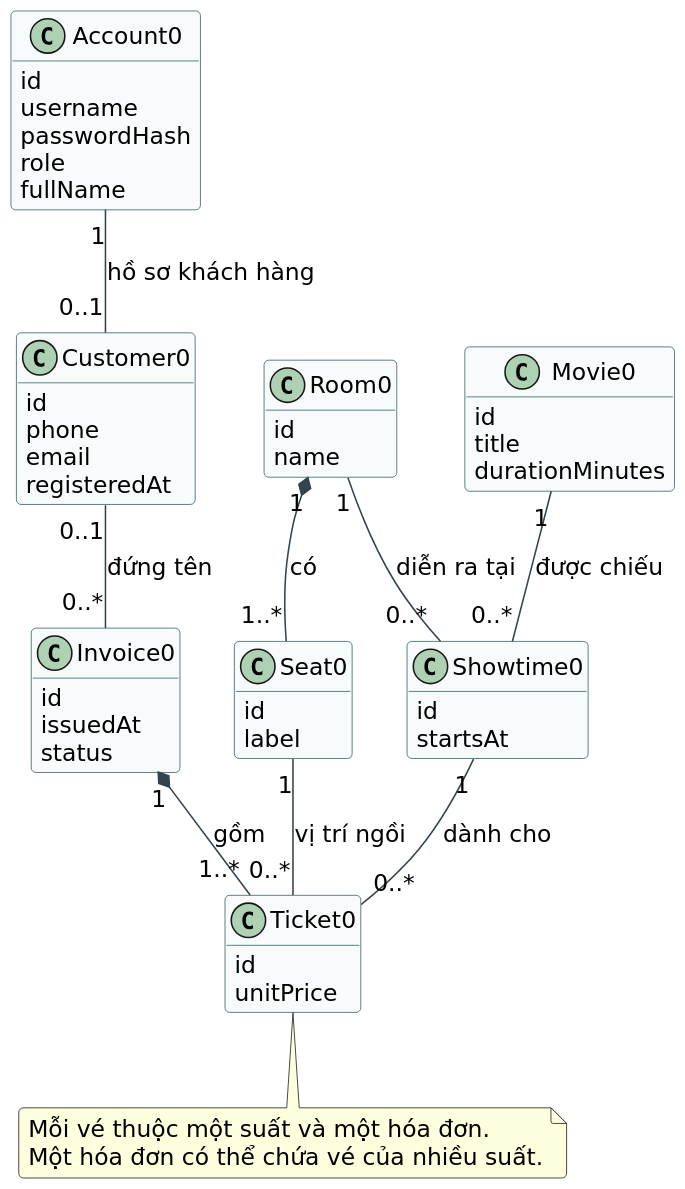
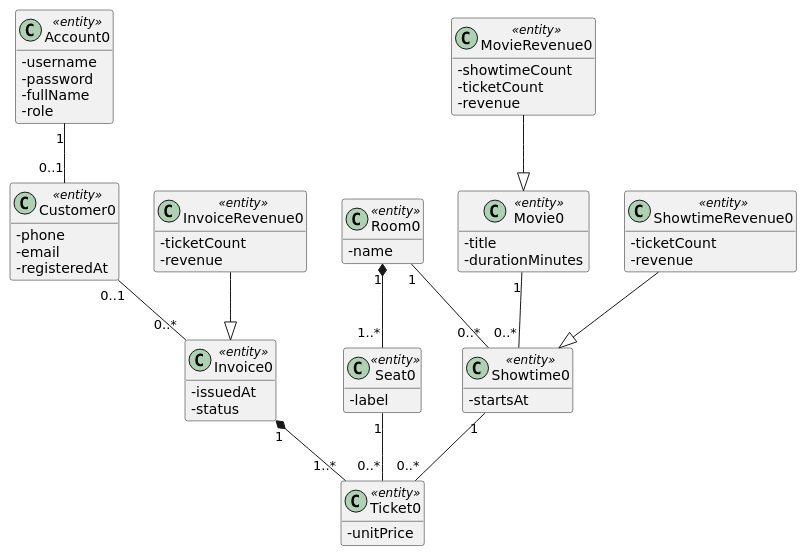
Before and after one commit to tinhatinh/PTTK: the diagram in uml/phan-tich/02-domain.puml, drawn with PlantUML. The commit also changed 66 other files, not shown here.

Commit message:
Align final report with LibMan phases and rebuild analysis UML

```diff
--- a/uml/phan-tich/02-domain.puml
+++ b/uml/phan-tich/02-domain.puml
@@ -1,66 +1,61 @@
 @startuml 02-domain
 skinparam defaultFontName DejaVu Sans
-skinparam defaultFontSize 15
 skinparam shadowing false
-skinparam backgroundColor white
-skinparam ArrowColor #33444C
-skinparam classBackgroundColor #F8FBFB
-skinparam classBorderColor #335D64
-skinparam packageBorderColor #60757D
-skinparam roundcorner 6
-skinparam dpi 150
-skinparam maxMessageSize 180
+skinparam classAttributeIconSize 0
 hide empty members
-top to bottom direction
-class Account0 {
- id
-username
-passwordHash
-role
-fullName
+class Account0 <<entity>> {
+ -username
+ -password
+ -fullName
+ -role
 }
-class Customer0 {
- id
-phone
-email
-registeredAt
+class Customer0 <<entity>> {
+ -phone
+ -email
+ -registeredAt
 }
-class Movie0 {
- id
-title
-durationMinutes
+class Movie0 <<entity>> {
+ -title
+ -durationMinutes
 }
-class Room0 {
- id
-name
+class Room0 <<entity>> {
+ -name
 }
-class Seat0 {
- id
-label
+class Seat0 <<entity>> {
+ -label
 }
-class Showtime0 {
- id
-startsAt
+class Showtime0 <<entity>> {
+ -startsAt
 }
-class Invoice0 {
- id
-issuedAt
-status
+class Invoice0 <<entity>> {
+ -issuedAt
+ -status
 }
-class Ticket0 {
- id
-unitPrice
+class Ticket0 <<entity>> {
+ -unitPrice
 }
-Account0 "1" -- "0..1" Customer0 : hồ sơ khách hàng
-Customer0 "0..1" -- "0..*" Invoice0 : đứng tên
-Invoice0 "1" *-- "1..*" Ticket0 : gồm
-Movie0 "1" -- "0..*" Showtime0 : được chiếu
-Room0 "1" -- "0..*" Showtime0 : diễn ra tại
-Room0 "1" *-- "1..*" Seat0 : có
-Showtime0 "1" -- "0..*" Ticket0 : dành cho
-Seat0 "1" -- "0..*" Ticket0 : vị trí ngồi
-note bottom of Ticket0
-Mỗi vé thuộc một suất và một hóa đơn.
-Một hóa đơn có thể chứa vé của nhiều suất.
-end note
+class MovieRevenue0 <<entity>> {
+ -showtimeCount
+ -ticketCount
+ -revenue
+}
+class ShowtimeRevenue0 <<entity>> {
+ -ticketCount
+ -revenue
+}
+class InvoiceRevenue0 <<entity>> {
+ -ticketCount
+ -revenue
+}
+Account0 "1" -- "0..1" Customer0
+Customer0 "0..1" -- "0..*" Invoice0
+Movie0 "1" -- "0..*" Showtime0
+Room0 "1" *-- "1..*" Seat0
+Room0 "1" -- "0..*" Showtime0
+Invoice0 "1" *-- "1..*" Ticket0
+Showtime0 "1" -- "0..*" Ticket0
+Seat0 "1" -- "0..*" Ticket0
+MovieRevenue0 --|> Movie0
+ShowtimeRevenue0 --|> Showtime0
+InvoiceRevenue0 --|> Invoice0
 @enduml
```
